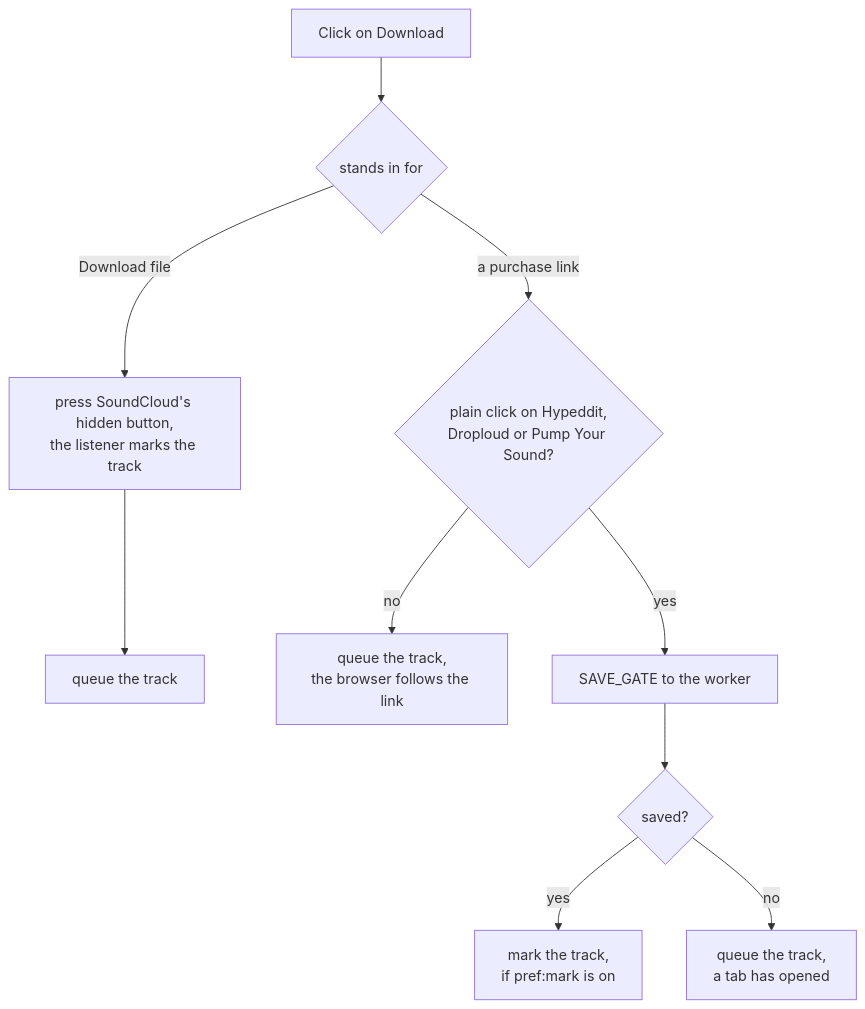
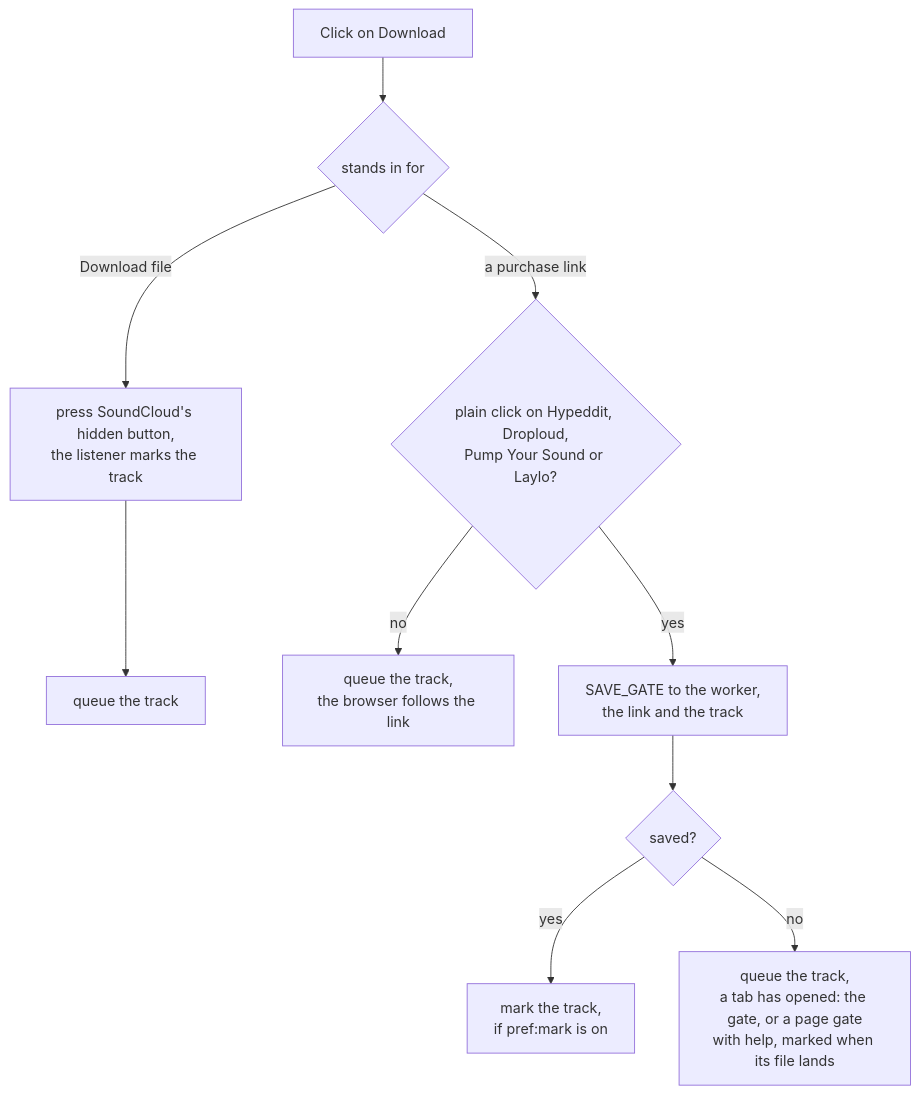
The eighth of 11 diagrams in apps/localtoolbox/docs/diagrams/content-script.md (cutenode/localnetwork), drawn with Mermaid before and after one commit. The commit also changed other lines of this file and 58 other files, not shown here.

````diff
--- a/apps/localtoolbox/docs/diagrams/content-script.md
+++ b/apps/localtoolbox/docs/diagrams/content-script.md
@@ -193,23 +193,23 @@
 ```mermaid
 flowchart TD
   Start["Click on Download"]
   Kind{"stands in for"}
   Press["press SoundCloud's hidden button,<br/>the listener marks the track"]
   Queue["queue the track"]
-  Walked{"plain click on Hypeddit,<br/>Droploud or Pump Your Sound?"}
+  Walked{"plain click on Hypeddit, Droploud,<br/>Pump Your Sound or Laylo?"}
   Follow["queue the track,<br/>the browser follows the link"]
-  Save["SAVE_GATE to the worker"]
+  Save["SAVE_GATE to the worker,<br/>the link and the track"]
   Saved{"saved?"}
   Mark["mark the track,<br/>if pref:mark is on"]
-  Gone["queue the track,<br/>a tab has opened"]
+  Gone["queue the track,<br/>a tab has opened: the gate, or a page gate<br/>with help, marked when its file lands"]
 
   Start --> Kind
   Kind -->|"Download file"| Press
   Press --> Queue
   Kind -->|"a purchase link"| Walked
   Walked -->|no| Follow
   Walked -->|yes| Save
   Save --> Saved
   Saved -->|yes| Mark
   Saved -->|no| Gone
 ```
````
